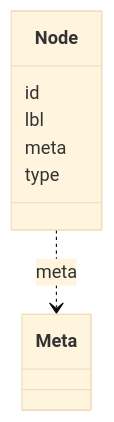
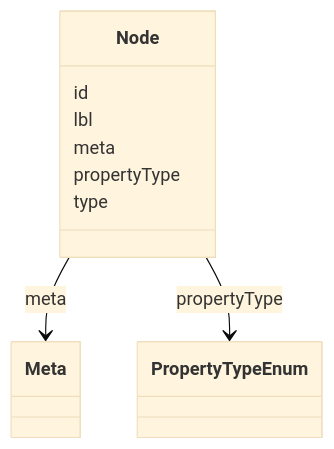
The diagram in obograph/Node.md (dalito/ontology-access-kit), drawn with Mermaid (base theme) before and after one commit. The commit also changed other lines of this file and 3370 other files, not shown here.

````diff
--- a/obograph/Node.md
+++ b/obograph/Node.md
@@ -11,15 +15,19 @@
 ```{mermaid}
  classDiagram
     class Node
       Node : id
         
       Node : lbl
         
       Node : meta
         
-          Node ..> Meta : meta
+          Node --> Meta : meta
+        
+      Node : propertyType
+        
+          Node --> PropertyTypeEnum : propertyType
         
       Node : type
         
       
 ```
````
